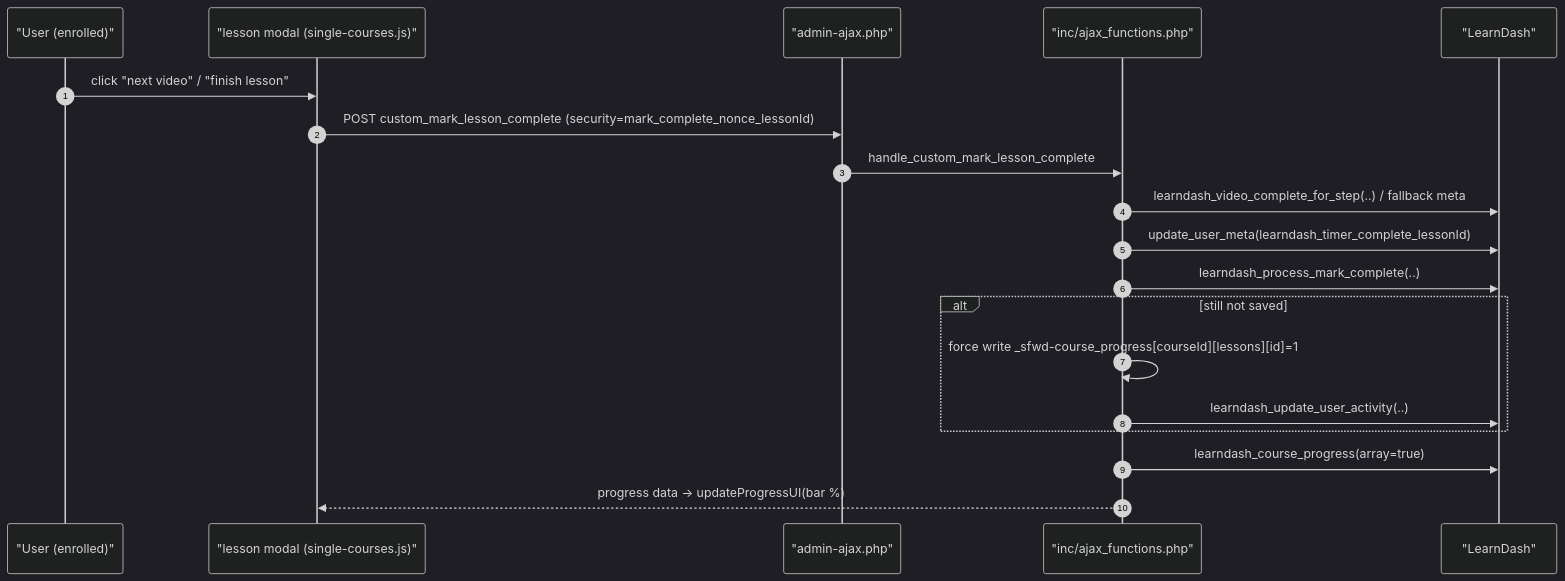
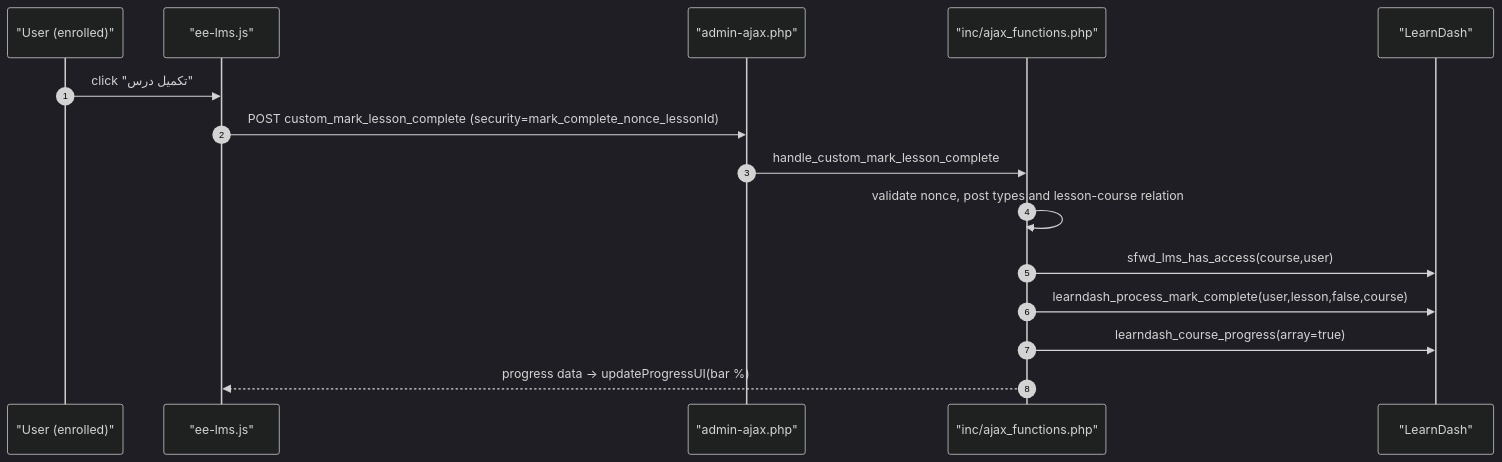
The fourth of 7 diagrams in ARCHITECTURE.md (ahmad75naraghi/learndash-theme), drawn with Mermaid (dark theme) before and after one commit. The commit also changed other lines of this file and 37 other files, not shown here.

Commit message:
fix: complete security and maintenance audit

````diff
--- a/ARCHITECTURE.md
+++ b/ARCHITECTURE.md
@@ -191,22 +191,18 @@
 ```mermaid
 sequenceDiagram
     autonumber
     participant U as "User (enrolled)"
-    participant M as "lesson modal (single-courses.js)"
+    participant P as "ee-lms.js"
     participant A as "admin-ajax.php"
     participant S as "inc/ajax_functions.php"
     participant LD as "LearnDash"
 
-    U->>M: click "next video" / "finish lesson"
-    M->>A: POST custom_mark_lesson_complete (security=mark_complete_nonce_lessonId)
+    U->>P: click "تکمیل درس"
+    P->>A: POST custom_mark_lesson_complete (security=mark_complete_nonce_lessonId)
     A->>S: handle_custom_mark_lesson_complete
-    S->>LD: learndash_video_complete_for_step(..) / fallback meta
-    S->>LD: update_user_meta(learndash_timer_complete_lessonId)
-    S->>LD: learndash_process_mark_complete(..)
-    alt still not saved
-        S->>S: force write _sfwd-course_progress[courseId][lessons][id]=1
-        S->>LD: learndash_update_user_activity(..)
-    end
+    S->>S: validate nonce, post types and lesson-course relation
+    S->>LD: sfwd_lms_has_access(course,user)
+    S->>LD: learndash_process_mark_complete(user,lesson,false,course)
     S->>LD: learndash_course_progress(array=true)
-    S-->>M: progress data -> updateProgressUI(bar %)
+    S-->>P: progress data -> updateProgressUI(bar %)
 ```
````
